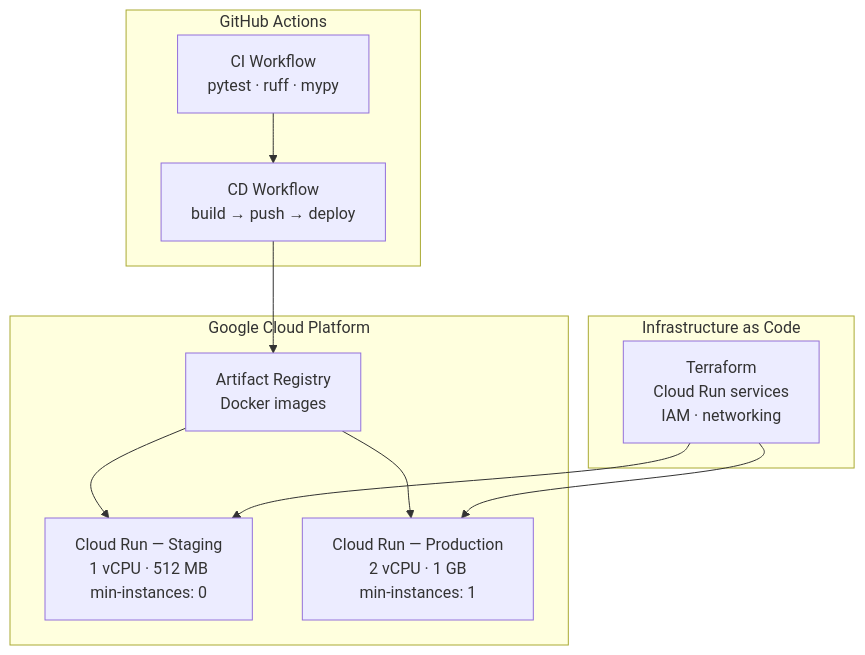
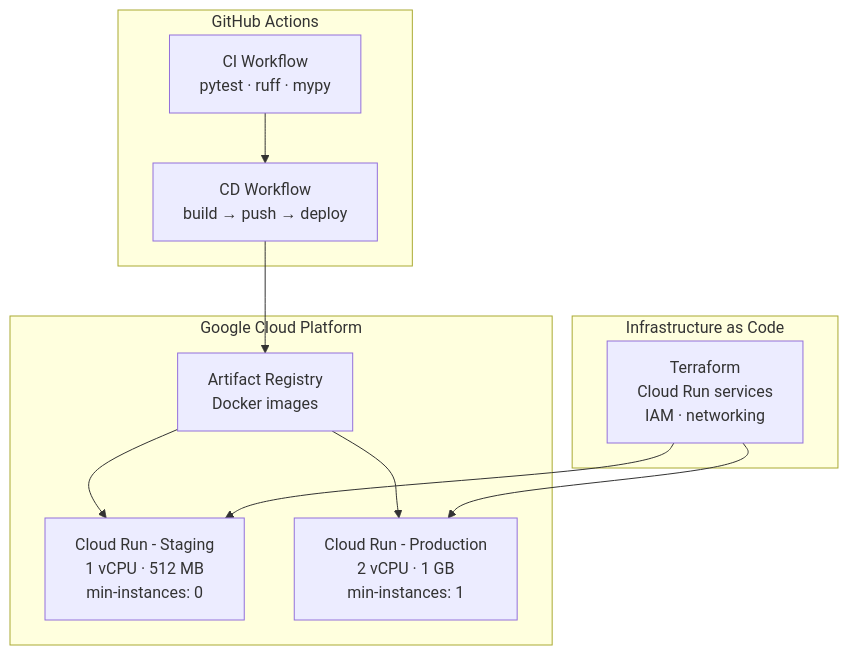
One commit to Rithwik23M/AlertIQ changed the third of 4 diagrams in README.md. Above: the diagram before and after it, drawn with Mermaid. The commit also changed other lines of this file and 28 other files, not shown here.

````diff
--- a/README.md
+++ b/README.md
@@ -93,24 +93,24 @@
 ```mermaid
 graph TB
     subgraph GCP["Google Cloud Platform"]
-        CR_S[Cloud Run — Staging<br/>1 vCPU · 512 MB<br/>min-instances: 0]
-        CR_P[Cloud Run — Production<br/>2 vCPU · 1 GB<br/>min-instances: 1]
+        CR_S[Cloud Run  -  Staging<br/>1 vCPU · 512 MB<br/>min-instances: 0]
+        CR_P[Cloud Run  -  Production<br/>2 vCPU · 1 GB<br/>min-instances: 1]
         AR[Artifact Registry<br/>Docker images]
     end
 
     subgraph CI["GitHub Actions"]
         CI_TEST[CI Workflow<br/>pytest · ruff · mypy]
         CD_FLOW[CD Workflow<br/>build → push → deploy]
     end
 
     subgraph IaC["Infrastructure as Code"]
         TF[Terraform<br/>Cloud Run services<br/>IAM · networking]
     end
 
     CI_TEST --> CD_FLOW
     CD_FLOW --> AR
     AR --> CR_S
     AR --> CR_P
     TF --> CR_P
     TF --> CR_S
 ```
````
